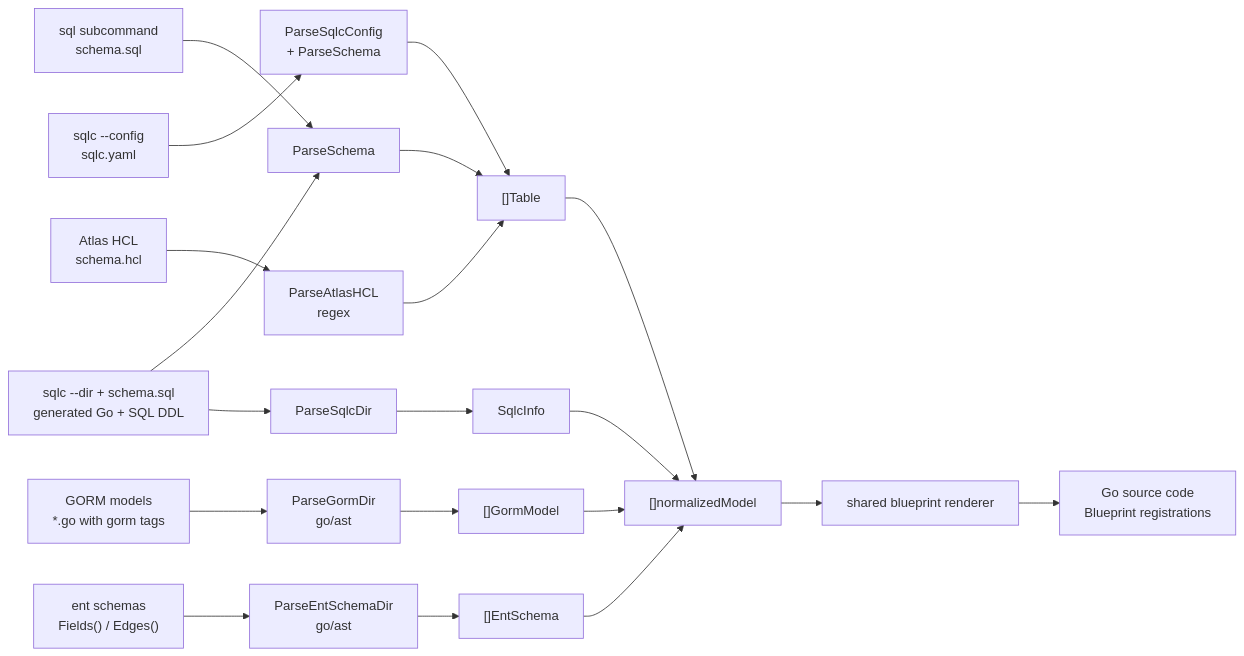
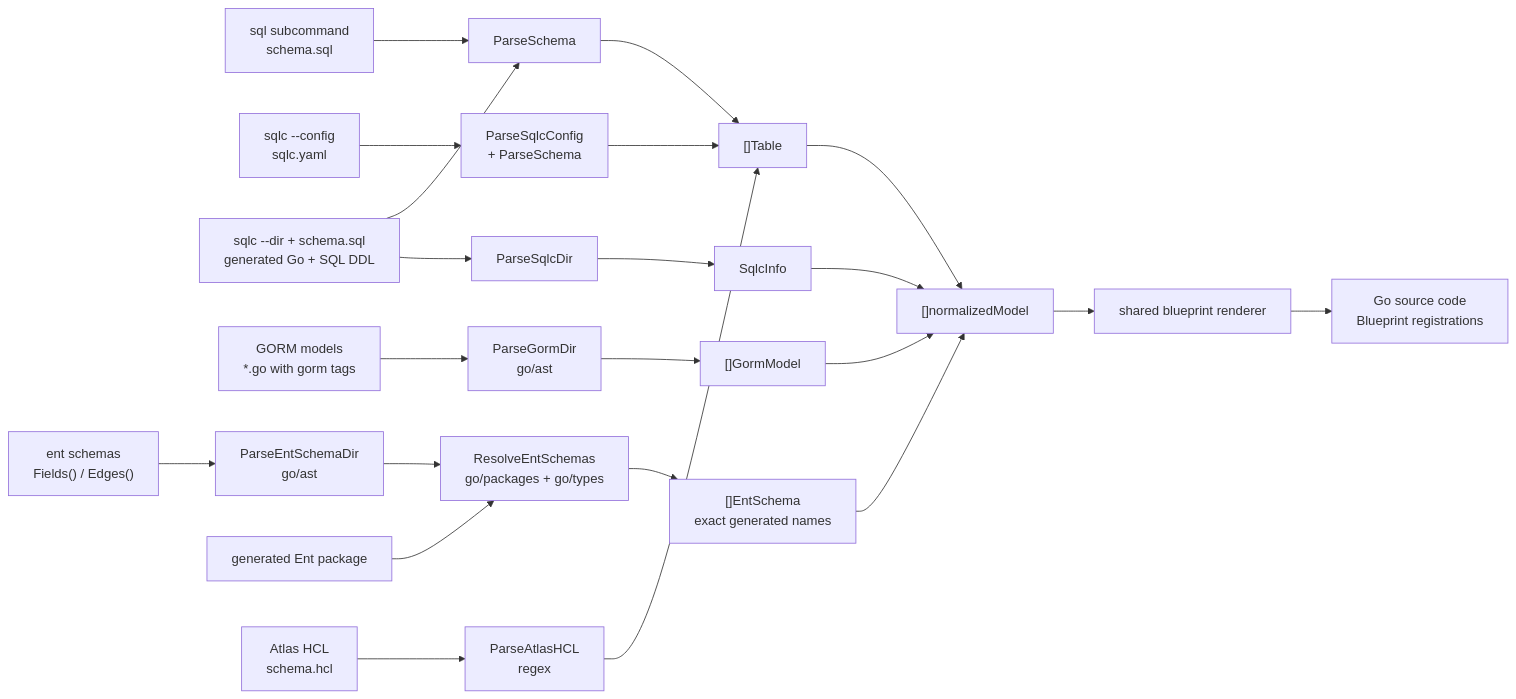
One commit to mhiro2/seedling changed the fourth of 4 diagrams in ARCHITECTURE.md. Above: the diagram before and after it, drawn with Mermaid. The commit also changed other lines of this file and 4 other files, not shown here.

````diff
--- a/ARCHITECTURE.md
+++ b/ARCHITECTURE.md
@@ -156,26 +156,28 @@
 ```mermaid
 flowchart LR
     SQL["sql subcommand<br/>schema.sql"] --> Parse["ParseSchema"]
     SQLCConfig["sqlc --config<br/>sqlc.yaml"] --> ParseC["ParseSqlcConfig<br/>+ ParseSchema"]
     SQLCManual["sqlc --dir + schema.sql<br/>generated Go + SQL DDL"] --> Parse
     SQLCManual --> ParseSqlc["ParseSqlcDir"]
     GORM["GORM models<br/>*.go with gorm tags"] --> ParseG["ParseGormDir<br/>go/ast"]
     ENT["ent schemas<br/>Fields() / Edges()"] --> ParseE["ParseEntSchemaDir<br/>go/ast"]
+    ENTPKG["generated Ent package"] --> ResolveE["ResolveEntSchemas<br/>go/packages + go/types"]
     ATLAS["Atlas HCL<br/>schema.hcl"] --> ParseA["ParseAtlasHCL<br/>regex"]
 
     Parse --> T["[]Table"]
     ParseC --> T
     ParseA --> T
 
     ParseG --> GM["[]GormModel"]
-    ParseE --> ES["[]EntSchema"]
+    ParseE --> ResolveE
+    ResolveE --> ES["[]EntSchema<br/>exact generated names"]
     ParseSqlc --> SQLC["SqlcInfo"]
 
     T --> IR["[]normalizedModel"]
     GM --> IR
     ES --> IR
     SQLC --> IR
 
     IR --> Render["shared blueprint renderer"]
     Render --> Out["Go source code<br/>Blueprint registrations"]
 ```
````
